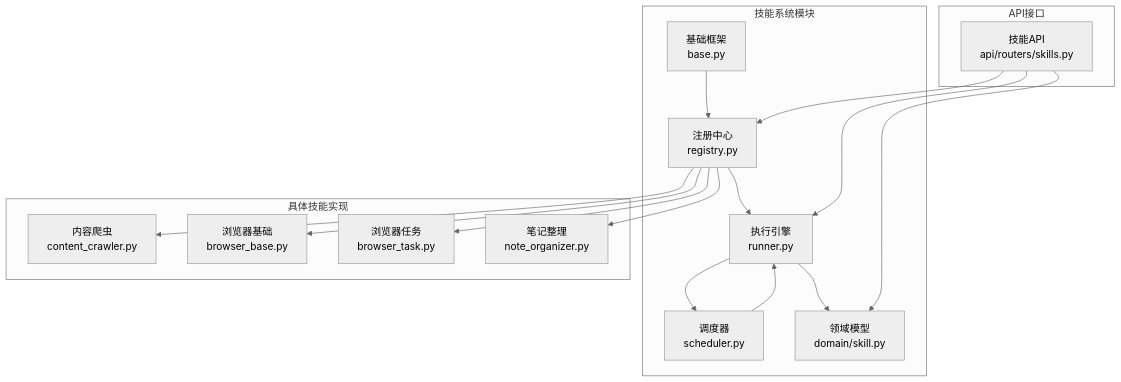
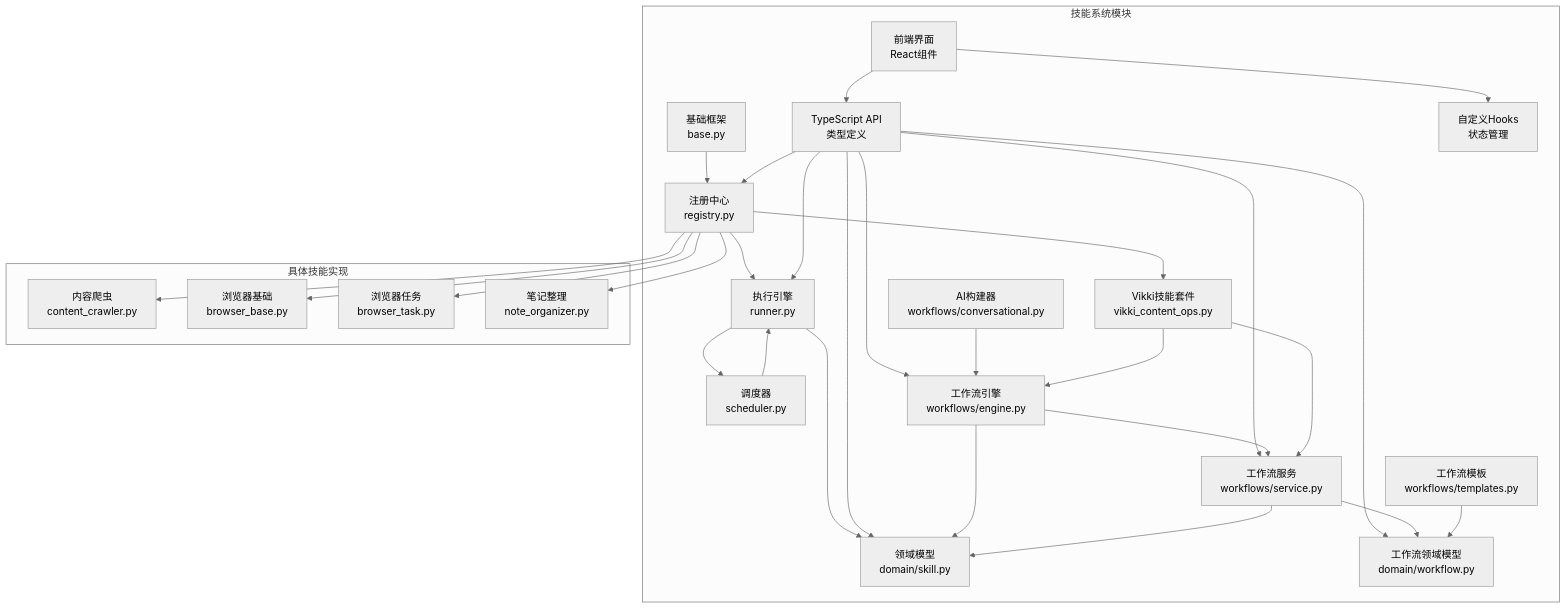
Diagram 15 of 21 in .qoder/repowiki/zh/content/用户指南/技能系统用户指南.md (jackeyunjie/open-notebook), drawn with Mermaid (neutral theme) before and after one commit. The commit also changed other lines of this file and 24 other files, not shown here.

````diff
--- a/.qoder/repowiki/zh/content/用户指南/技能系统用户指南.md
+++ b/.qoder/repowiki/zh/content/用户指南/技能系统用户指南.md
@@ -42,31 +608,51 @@
 ```mermaid
 graph TB
 subgraph "技能系统模块"
 Base["基础框架<br/>base.py"]
 Registry["注册中心<br/>registry.py"]
 Runner["执行引擎<br/>runner.py"]
 Scheduler["调度器<br/>scheduler.py"]
 Domain["领域模型<br/>domain/skill.py"]
+Frontend["前端界面<br/>React组件"]
+API["TypeScript API<br/>类型定义"]
+Hooks["自定义Hooks<br/>状态管理"]
+Vikki["Vikki技能套件<br/>vikki_content_ops.py"]
+WorkflowEngine["工作流引擎<br/>workflows/engine.py"]
+WorkflowService["工作流服务<br/>workflows/service.py"]
+WorkflowDomain["工作流领域模型<br/>domain/workflow.py"]
+WorkflowTemplates["工作流模板<br/>workflows/templates.py"]
+WorkflowBuilder["AI构建器<br/>workflows/conversational.py"]
 end
 subgraph "具体技能实现"
 Crawler["内容爬虫<br/>content_crawler.py"]
 BrowserBase["浏览器基础<br/>browser_base.py"]
 BrowserTask["浏览器任务<br/>browser_task.py"]
 Organizer["笔记整理<br/>note_organizer.py"]
 end
-subgraph "API接口"
-API["技能API<br/>api/routers/skills.py"]
-end
 Base --> Registry
 Registry --> Runner
 Runner --> Scheduler
 Runner --> Domain
 Scheduler --> Runner
+Frontend --> API
+Frontend --> Hooks
 API --> Registry
 API --> Runner
 API --> Domain
+API --> WorkflowEngine
+API --> WorkflowService
+API --> WorkflowDomain
+WorkflowEngine --> WorkflowService
+WorkflowService --> WorkflowDomain
+WorkflowEngine --> Domain
+WorkflowService --> Domain
+WorkflowTemplates --> WorkflowDomain
+WorkflowBuilder --> WorkflowEngine
 Registry --> Crawler
 Registry --> BrowserBase
 Registry --> BrowserTask
 Registry --> Organizer
+Registry --> Vikki
+Vikki --> WorkflowEngine
+Vikki --> WorkflowService
 ```
````
